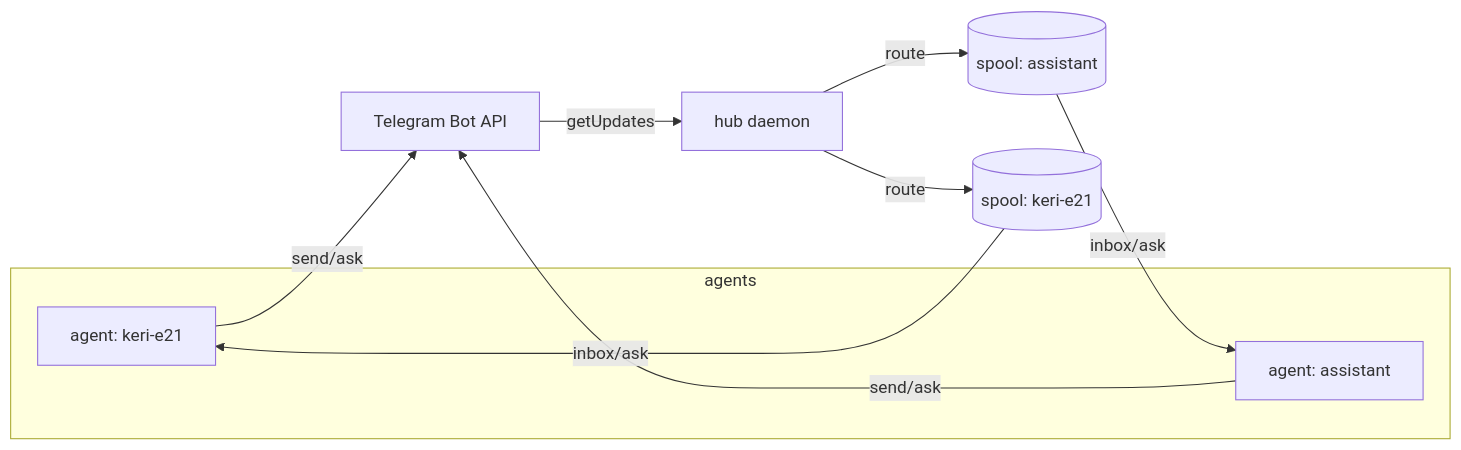
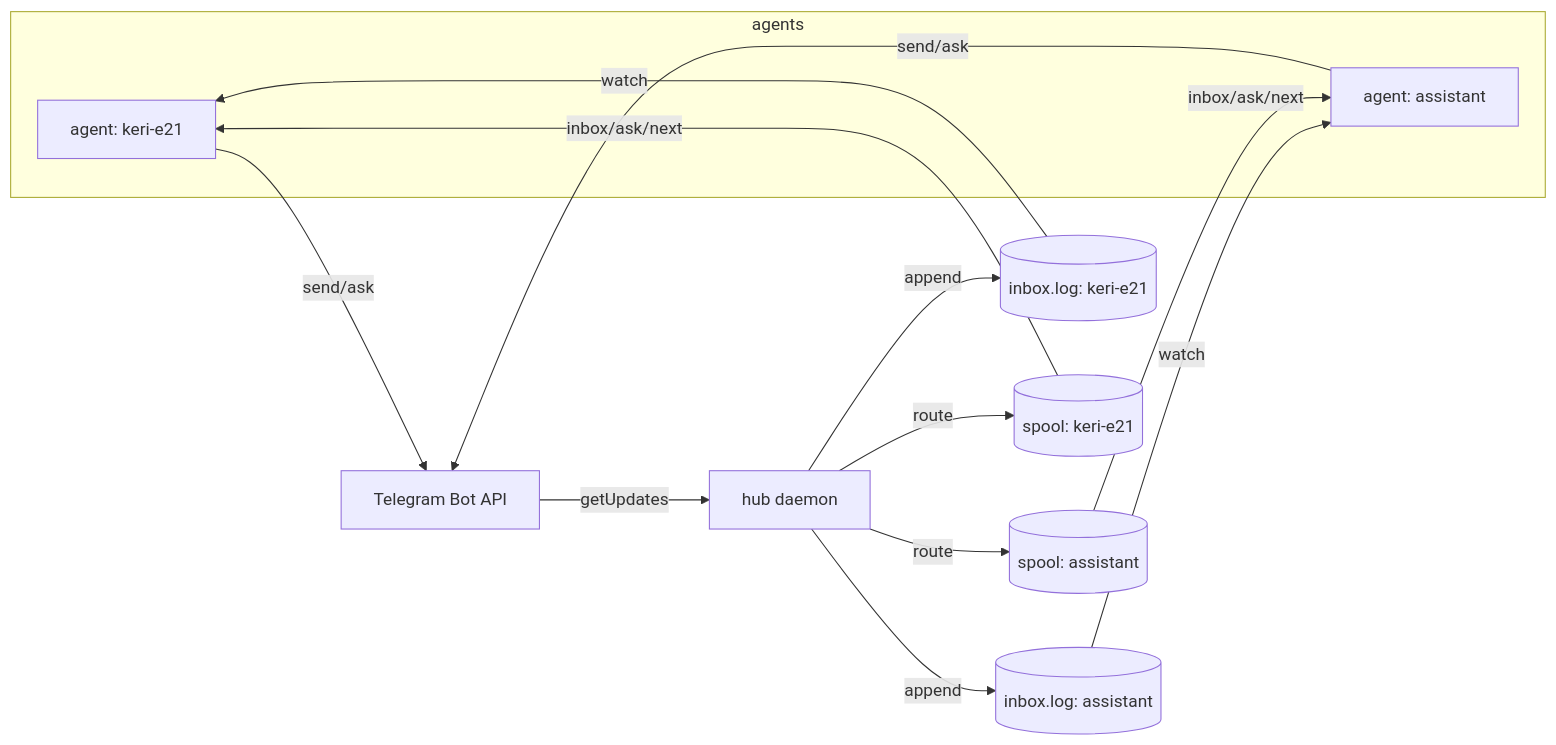
Before and after one commit to lambdasistemi/sideband: the first of 3 diagrams in docs/architecture.md, drawn with Mermaid. The commit also changed other lines of this file and 2 other files, not shown here.

First line of the commit message:
docs: bring architecture + usage up to date with the system

````diff
--- a/docs/architecture.md
+++ b/docs/architecture.md
@@ -11,14 +19,18 @@
 ```mermaid
 flowchart LR
   subgraph agents
     A1[agent: keri-e21]
     A2[agent: assistant]
   end
   A1 -- send/ask --> TG[Telegram Bot API]
   A2 -- send/ask --> TG
   TG -- getUpdates --> D[hub daemon]
+  D -- append --> L1[(inbox.log: keri-e21)]
   D -- route --> S1[(spool: keri-e21)]
+  D -- append --> L2[(inbox.log: assistant)]
   D -- route --> S2[(spool: assistant)]
-  S1 -- inbox/ask --> A1
-  S2 -- inbox/ask --> A2
+  L1 -- watch --> A1
+  S1 -- inbox/ask/next --> A1
+  L2 -- watch --> A2
+  S2 -- inbox/ask/next --> A2
 ```
````
